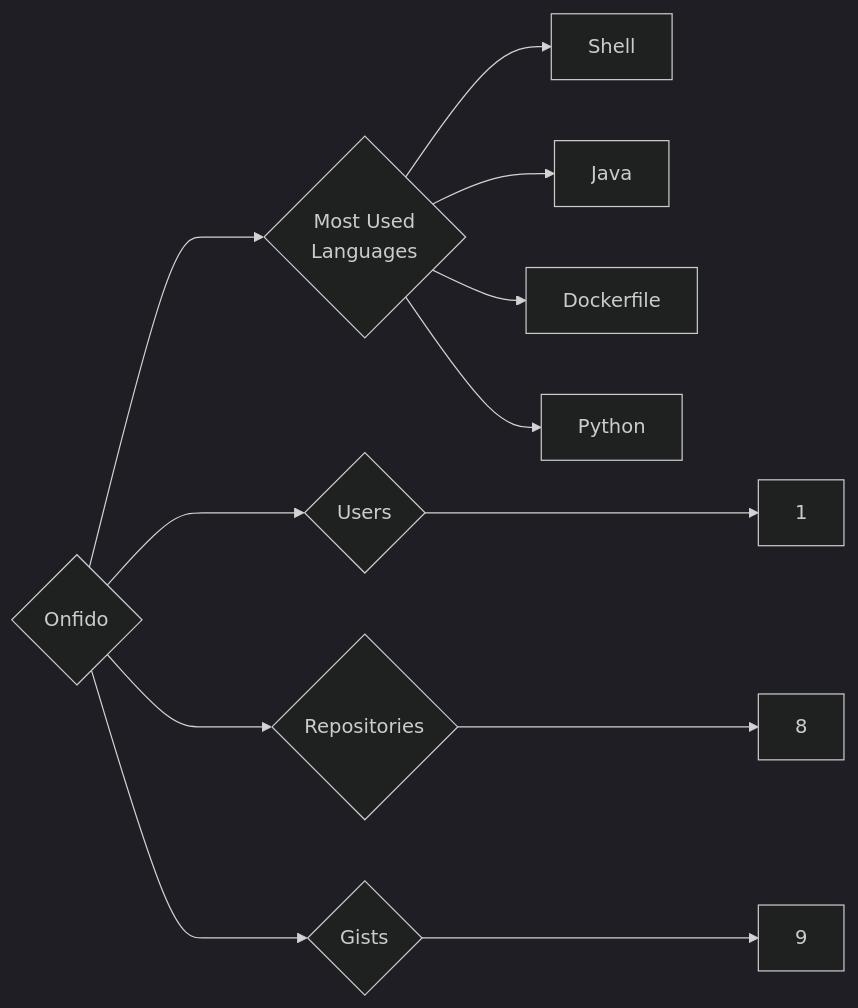
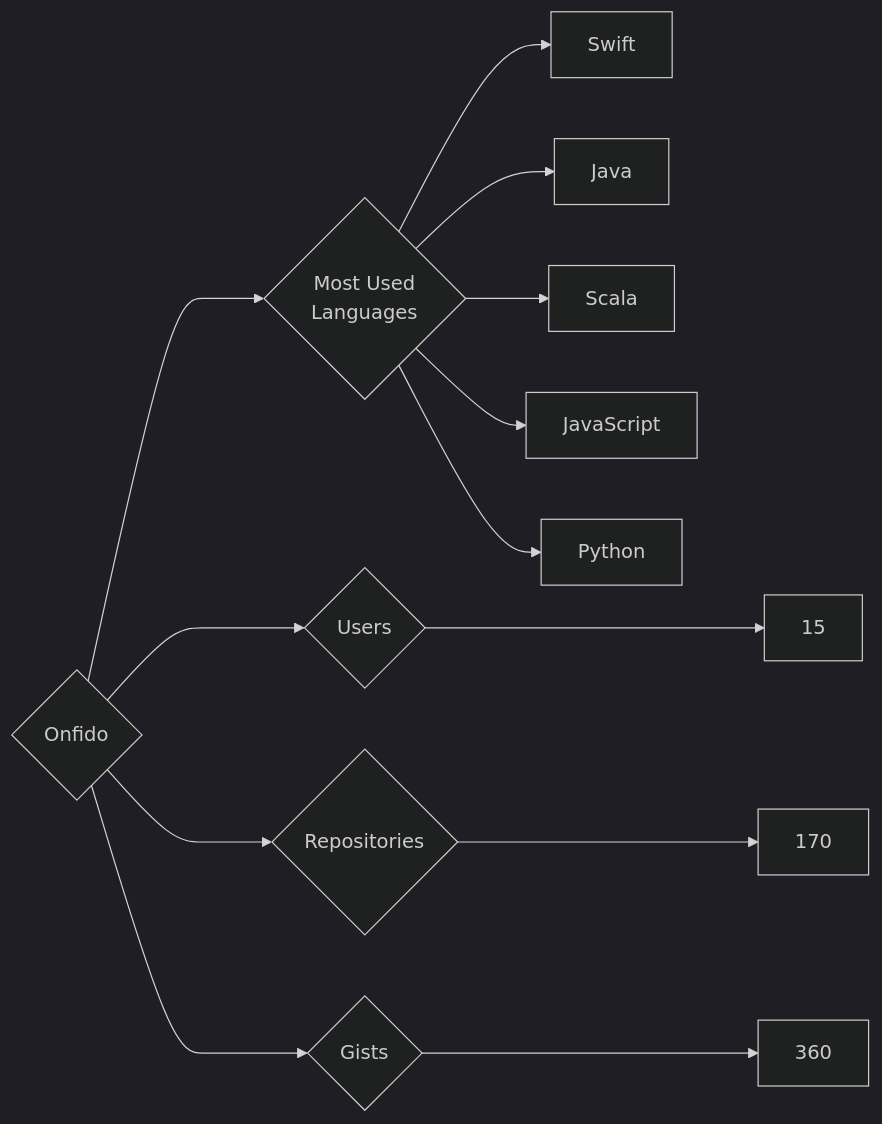
Before and after one commit to trickest/insiders: the diagram in targets/Onfido/README.md, drawn with Mermaid (dark theme). The commit also changed 797 other files, not shown here.

````diff
--- a/targets/Onfido/README.md
+++ b/targets/Onfido/README.md
@@ -3,12 +3,13 @@
 ```mermaid
 graph LR
 COMPANY_NAME{Onfido}
-COMPANY_NAME ---> U{Users} ---> UN[1]
-COMPANY_NAME ---> R{Repositories} ---> RN[8]
-COMPANY_NAME ---> G{Gists} ---> GN[9]
+COMPANY_NAME ---> U{Users} ---> UN[15]
+COMPANY_NAME ---> R{Repositories} ---> RN[170]
+COMPANY_NAME ---> G{Gists} ---> GN[360]
 COMPANY_NAME ---> ML{Most Used<br>Languages}
-ML --> Shell[Shell]
+ML --> Swift[Swift]
 ML --> Java[Java]
-ML --> Dockerfile[Dockerfile]
+ML --> Scala[Scala]
+ML --> JavaScript[JavaScript]
 ML --> Python[Python]
 ```
````
